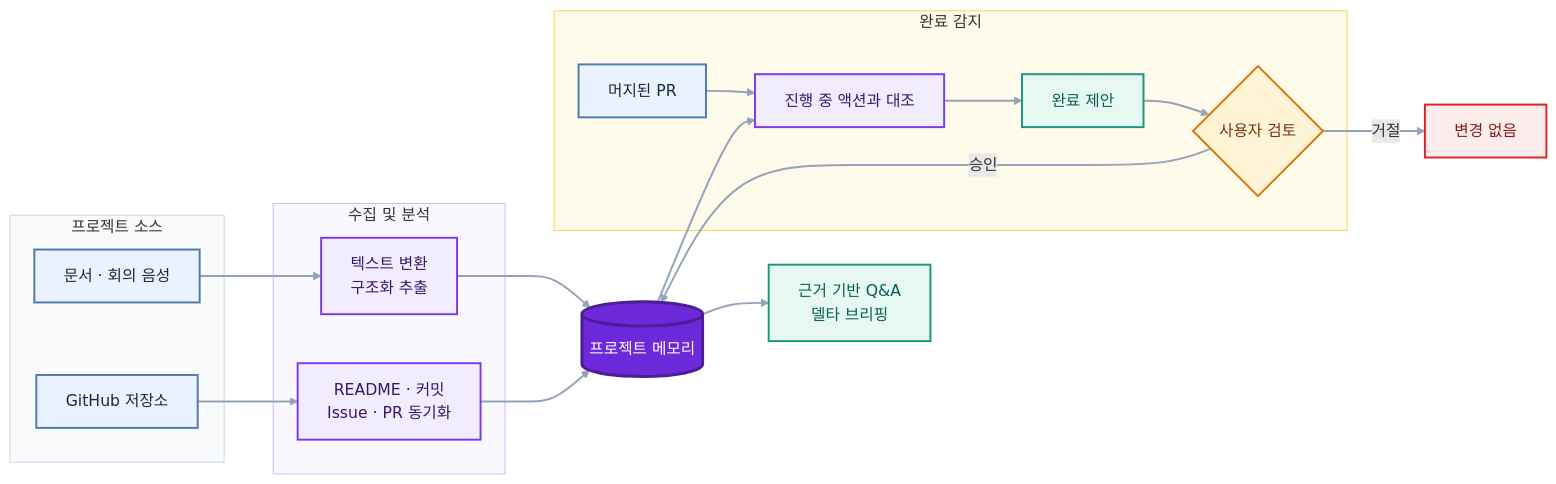
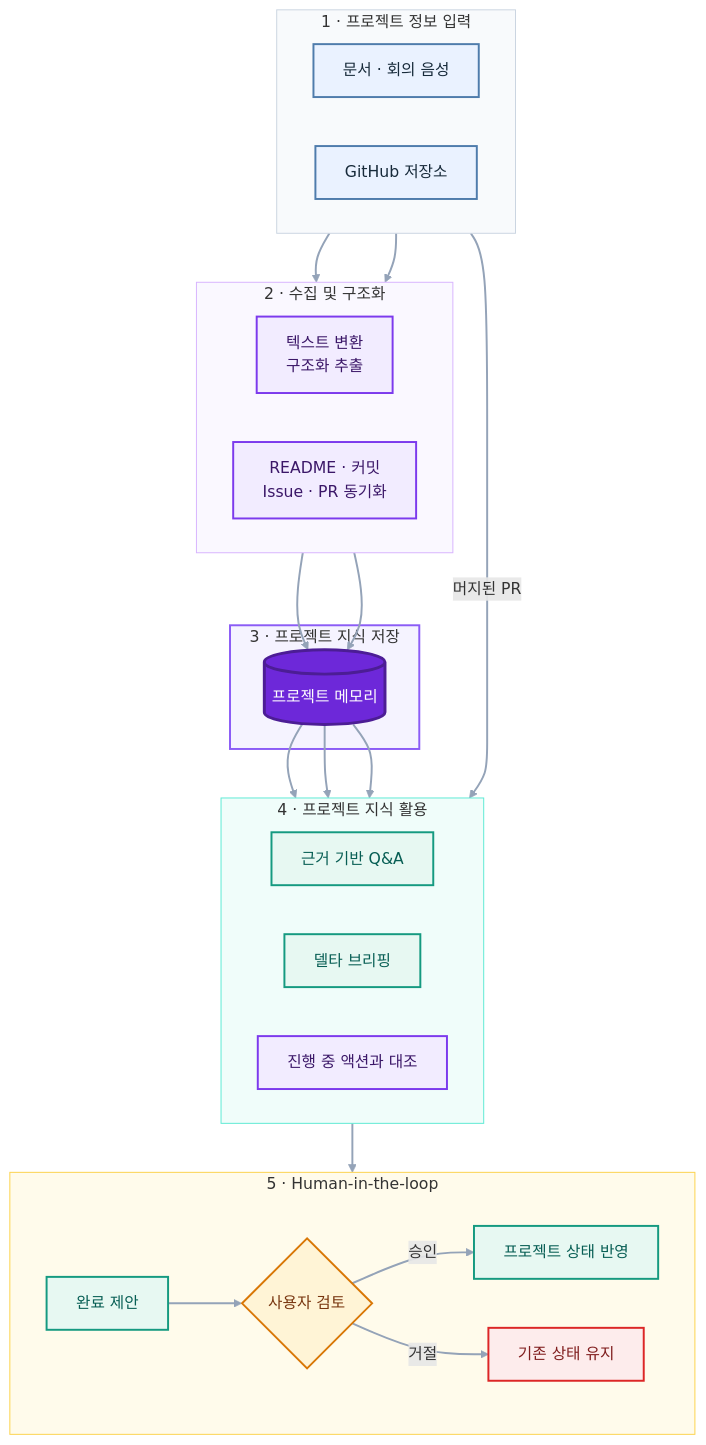
Before and after one commit to SKNETWORKS-FAMILY-AICAMP/SKN30-4th-1Team: the first of 2 diagrams in README.md, drawn with Mermaid. The commit also changed other lines of this file, not shown here.

Commit message:
docs: organize diagrams by processing hierarchy

````diff
--- a/README.md
+++ b/README.md
@@ -90,54 +90,69 @@
 ```mermaid
-flowchart LR
-    subgraph Sources["프로젝트 소스"]
+flowchart TB
+    subgraph Sources["1 · 프로젝트 정보 입력"]
+        direction LR
         DOC["문서 · 회의 음성"]
         GH["GitHub 저장소"]
     end
 
-    subgraph Processing["수집 및 분석"]
+    subgraph Processing["2 · 수집 및 구조화"]
+        direction LR
         EXTRACT["텍스트 변환<br/>구조화 추출"]
         SYNC["README · 커밋<br/>Issue · PR 동기화"]
     end
 
-    MEMORY[("프로젝트 메모리")]
-    INSIGHT["근거 기반 Q&A<br/>델타 브리핑"]
+    subgraph Knowledge["3 · 프로젝트 지식 저장"]
+        MEMORY[("프로젝트 메모리")]
+    end
 
     DOC --> EXTRACT
     GH --> SYNC
     EXTRACT --> MEMORY
     SYNC --> MEMORY
-    MEMORY --> INSIGHT
 
-    subgraph Reconcile["완료 감지"]
-        PR["머지된 PR"]
+    subgraph Services["4 · 프로젝트 지식 활용"]
+        direction LR
+        QNA["근거 기반 Q&A"]
+        BRIEF["델타 브리핑"]
         MATCH["진행 중 액션과 대조"]
+    end
+
+    MEMORY --> QNA
+    MEMORY --> BRIEF
+    MEMORY --> MATCH
+    GH -->|"머지된 PR"| MATCH
+
+    subgraph Decision["5 · Human-in-the-loop"]
+        direction LR
         SUGGEST["완료 제안"]
         REVIEW{"사용자 검토"}
+        APPLY["프로젝트 상태 반영"]
+        REJECT["기존 상태 유지"]
     end
 
-    PR --> MATCH
-    MEMORY --> MATCH
     MATCH --> SUGGEST
     SUGGEST --> REVIEW
-    REVIEW -->|승인| MEMORY
-    REVIEW -->|거절| REJECT["변경 없음"]
+    REVIEW -->|승인| APPLY
+    REVIEW -->|거절| REJECT
 
     classDef source fill:#EAF2FF,stroke:#4F7CAC,color:#172A3A,stroke-width:2px
     classDef process fill:#F2ECFF,stroke:#7C3AED,color:#3B1768,stroke-width:2px
     classDef core fill:#6D28D9,stroke:#4C1D95,color:#FFFFFF,stroke-width:3px
     classDef outcome fill:#E7F8F2,stroke:#159A80,color:#075E54,stroke-width:2px
     classDef review fill:#FFF4D6,stroke:#D97706,color:#78350F,stroke-width:2px
     classDef reject fill:#FDECEC,stroke:#DC2626,color:#7F1D1D,stroke-width:2px
 
-    class DOC,GH,PR source
+    class DOC,GH source
     class EXTRACT,SYNC,MATCH process
     class MEMORY core
-    class INSIGHT,SUGGEST outcome
+    class QNA,BRIEF,SUGGEST,APPLY outcome
     class REVIEW review
     class REJECT reject
 
     style Sources fill:#F8FAFC,stroke:#CBD5E1,stroke-width:1px
     style Processing fill:#FAF8FF,stroke:#D8B4FE,stroke-width:1px
-    style Reconcile fill:#FFFBEB,stroke:#FCD34D,stroke-width:1px
+    style Knowledge fill:#F5F3FF,stroke:#8B5CF6,stroke-width:2px
+    style Services fill:#F0FDFA,stroke:#5EEAD4,stroke-width:1px
+    style Decision fill:#FFFBEB,stroke:#FCD34D,stroke-width:1px
     linkStyle default stroke:#94A3B8,stroke-width:2px
 ```
````
